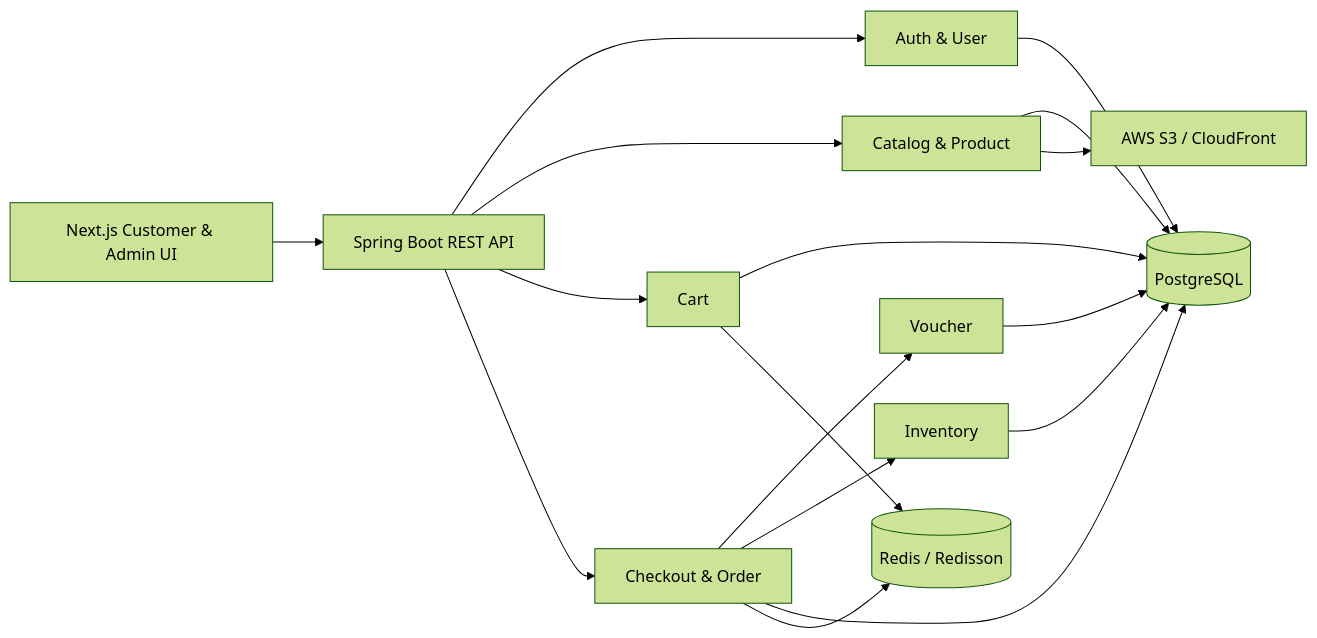
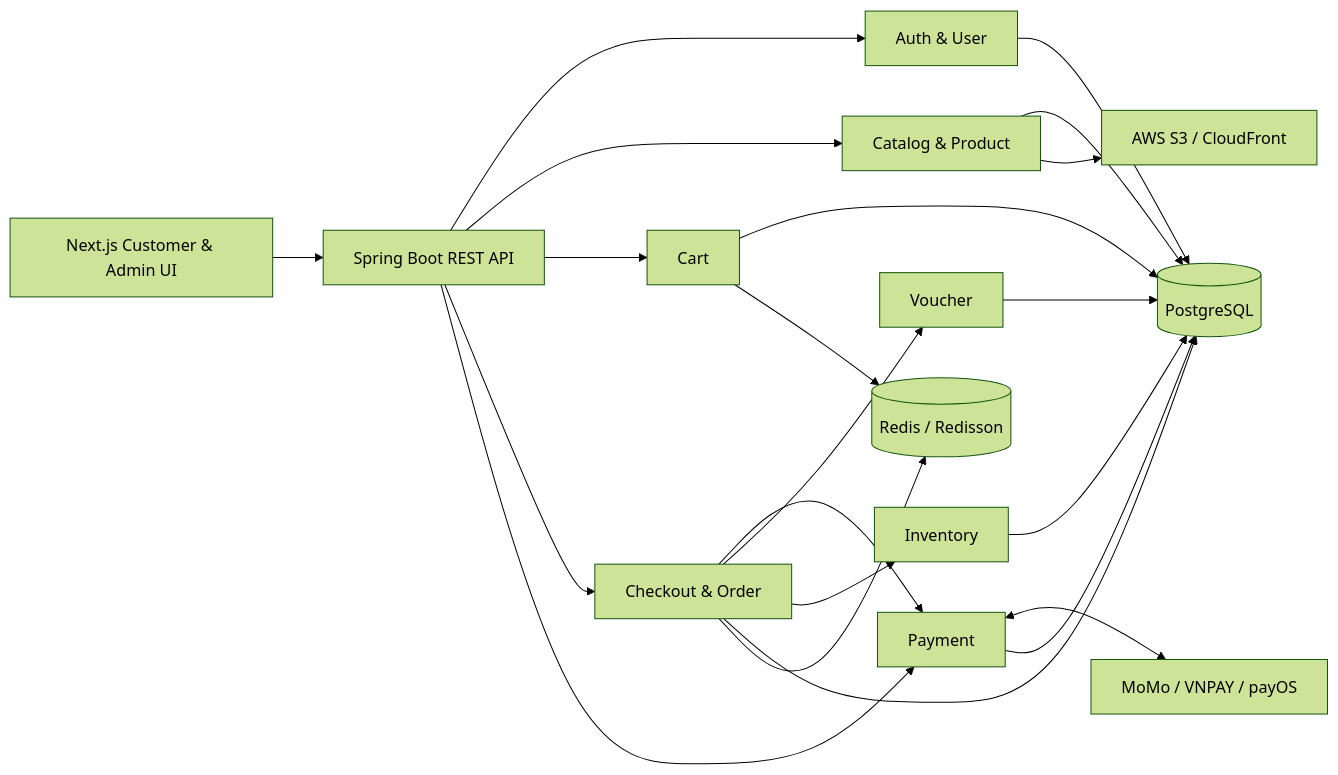
One commit to DuyAnh3223/springboot-ecommerce changed the diagram in README.md. Above: the diagram before and after it, drawn with Mermaid (forest theme). The commit also changed other lines of this file, not shown here.

Commit message:
docs(README): update payment feature info

````diff
--- a/README.md
+++ b/README.md
@@ -26,19 +26,23 @@
 ```mermaid
 flowchart LR
     UI[Next.js Customer & Admin UI] --> API[Spring Boot REST API]
     API --> AUTH[Auth & User]
     API --> CATALOG[Catalog & Product]
     API --> CART[Cart]
     API --> CHECKOUT[Checkout & Order]
+    API --> PAYMENT[Payment]
+    CHECKOUT --> PAYMENT
+    PAYMENT <--> GATEWAYS[MoMo / VNPAY / payOS]
     CHECKOUT --> VOUCHER[Voucher]
     CHECKOUT --> INVENTORY[Inventory]
     AUTH --> POSTGRES[(PostgreSQL)]
     CATALOG --> POSTGRES
     CART --> POSTGRES
     CHECKOUT --> POSTGRES
+    PAYMENT --> POSTGRES
     VOUCHER --> POSTGRES
     INVENTORY --> POSTGRES
     CART --> REDIS[(Redis / Redisson)]
     CHECKOUT --> REDIS
     CATALOG --> AWS[AWS S3 / CloudFront]
 ```
````
